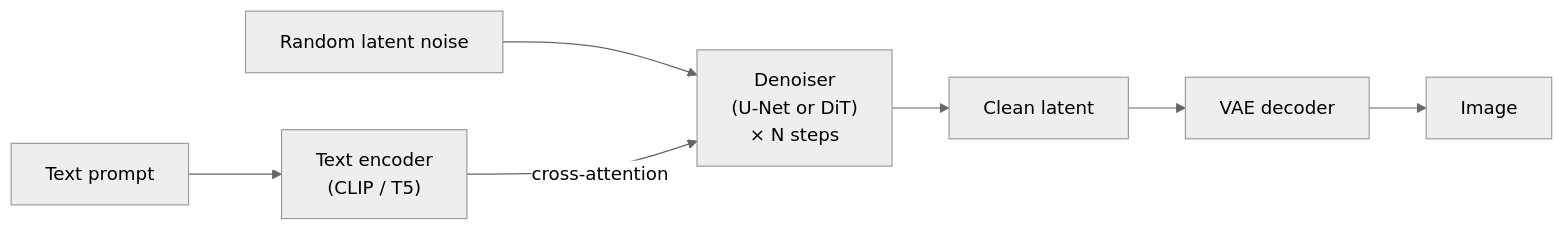
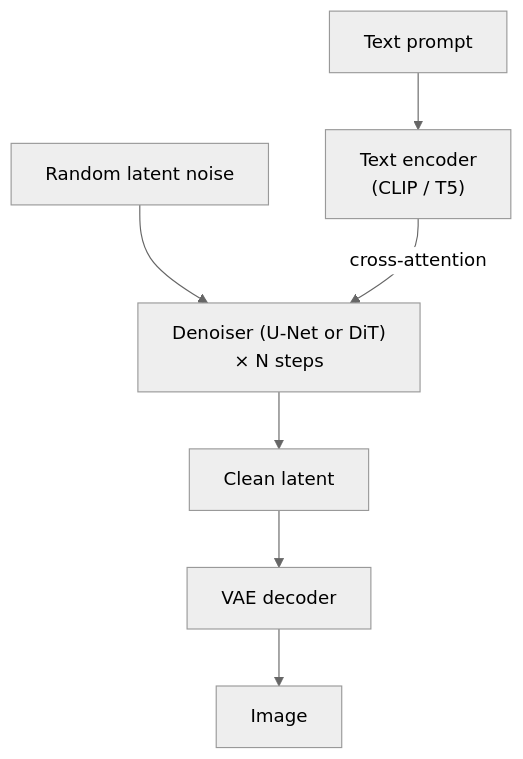
Before and after one commit to rajan-021/AI-ML: the diagram in docs/llms/generative-models.md, drawn with Mermaid (neutral theme). The commit also changed 20 other files, not shown here.

First line of the commit message:
Make diagrams readable at the content width

````diff
--- a/docs/llms/generative-models.md
+++ b/docs/llms/generative-models.md
@@ -145,9 +145,9 @@
 ```mermaid
-flowchart LR
+flowchart TB
     P["Text prompt"] --> TE["Text encoder<br/>(CLIP / T5)"]
-    N["Random latent noise"] --> D["Denoiser<br/>(U-Net or DiT)<br/>× N steps"]
+    N["Random latent noise"] --> D["Denoiser (U-Net or DiT)<br/>× N steps"]
     TE -->|"cross-attention"| D
     D --> L["Clean latent"]
     L --> VD["VAE decoder"]
     VD --> I["Image"]
 ```
````
